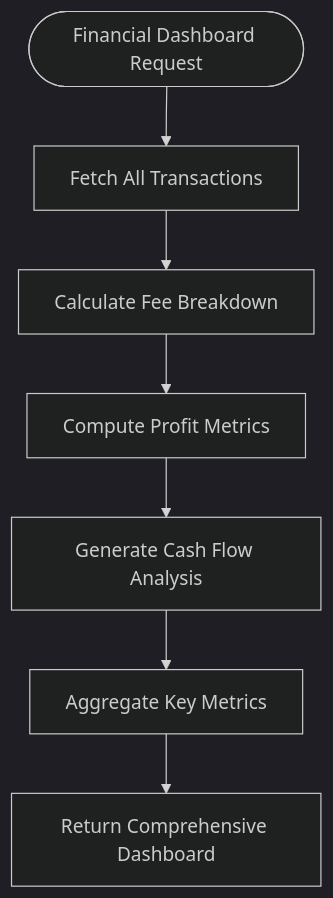
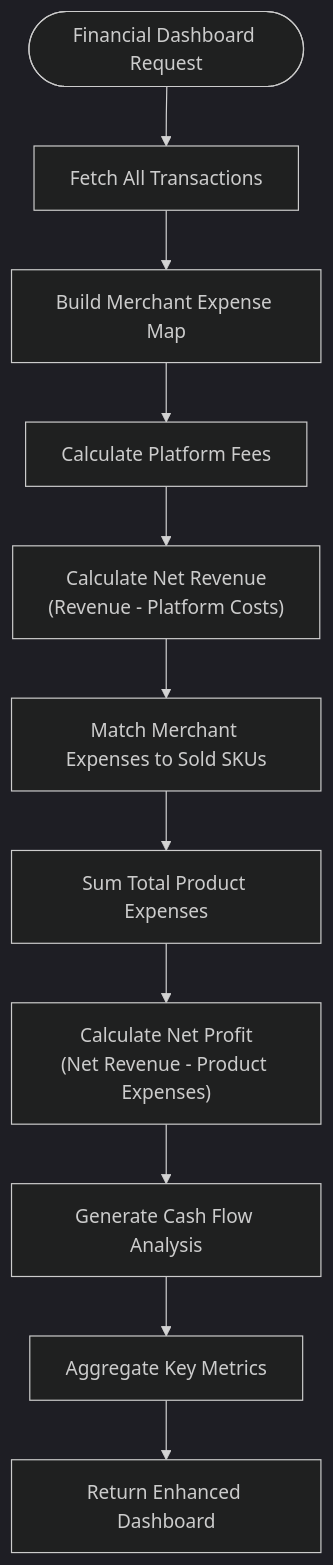
One commit to Muhammad-Masood/tijarah-ai-backend changed the third of 8 diagrams in .qoder/repowiki/en/content/API Reference/Marketplace Integration API/Daraz Integration API.md. Above: the diagram before and after it, drawn with Mermaid (dark theme). The commit also changed other lines of this file and 27 other files, not shown here.

````diff
--- a/.qoder/repowiki/en/content/API Reference/Marketplace Integration API/Daraz Integration API.md
+++ b/.qoder/repowiki/en/content/API Reference/Marketplace Integration API/Daraz Integration API.md
@@ -265,9 +305,13 @@
 ```mermaid
 flowchart TD
 Start(["Financial Dashboard Request"]) --> GetTransactions["Fetch All Transactions"]
-GetTransactions --> ProcessFees["Calculate Fee Breakdown"]
-ProcessFees --> AnalyzeProfits["Compute Profit Metrics"]
-AnalyzeProfits --> TrackCashFlow["Generate Cash Flow Analysis"]
+GetTransactions --> BuildExpenseMap["Build Merchant Expense Map"]
+BuildExpenseMap --> ProcessFees["Calculate Platform Fees"]
+ProcessFees --> CalcNetRevenue["Calculate Net Revenue<br/>(Revenue - Platform Costs)"]
+CalcNetRevenue --> MatchExpenses["Match Merchant Expenses to Sold SKUs"]
+MatchExpenses --> CalcTotalExpenses["Sum Total Product Expenses"]
+CalcTotalExpenses --> CalcNetProfit["Calculate Net Profit<br/>(Net Revenue - Product Expenses)"]
+CalcNetProfit --> TrackCashFlow["Generate Cash Flow Analysis"]
 TrackCashFlow --> AggregateData["Aggregate Key Metrics"]
-AggregateData --> ReturnDashboard["Return Comprehensive Dashboard"]
+AggregateData --> ReturnDashboard["Return Enhanced Dashboard"]
 ```
````
